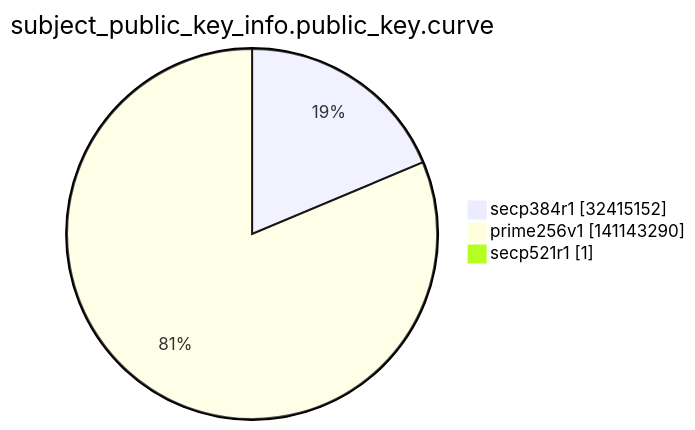
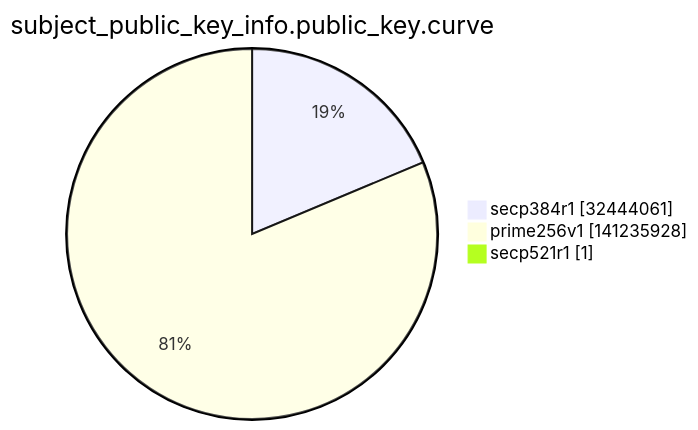
Before and after one commit to christiankrug/ctmonitor_visualization: the ninth of 15 diagrams in argon2022/README.md, drawn with Mermaid. The commit also changed other lines of this file, not shown here.

````diff
--- a/argon2022/README.md
+++ b/argon2022/README.md
@@ -2763,7 +2763,7 @@
 ```mermaid
 pie showData
 title subject_public_key_info.public_key.curve
-"secp384r1" :32415152
-"prime256v1" :141143290
+"secp384r1" :32444061
+"prime256v1" :141235928
 "secp521r1" :1
 ```
````
